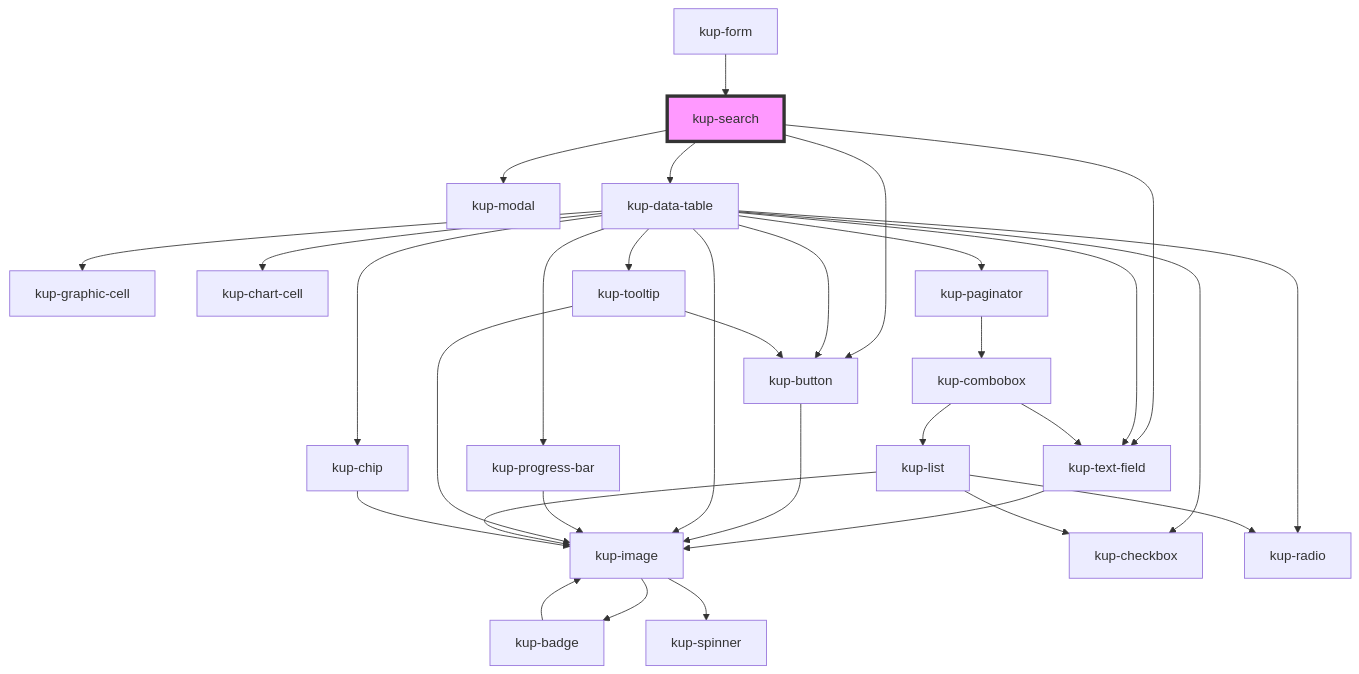
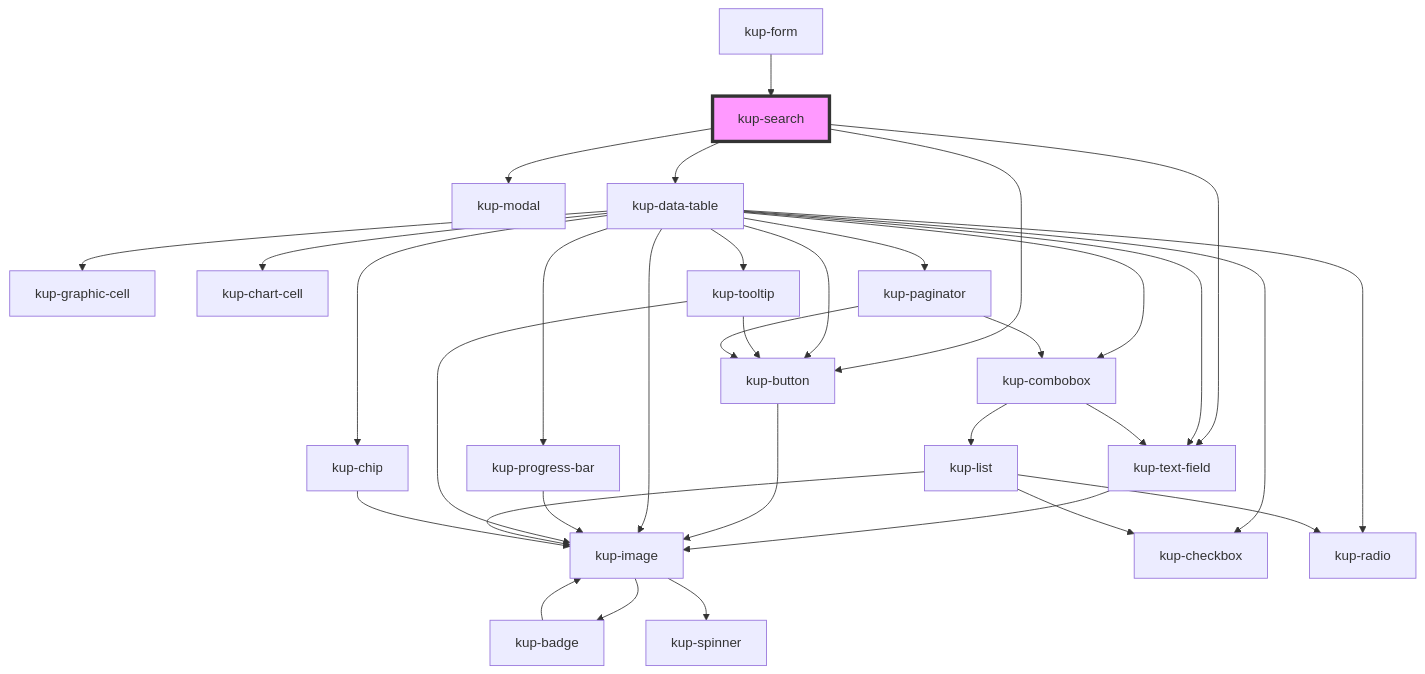
The diagram in packages/ketchup/src/components/kup-search/readme.md (smeup/ketchup), drawn with Mermaid before and after one commit. The commit also changed 14 other files, not shown here.

Commit message:
More style fixes on data table and paginator.

````diff
--- a/packages/ketchup/src/components/kup-search/readme.md
+++ b/packages/ketchup/src/components/kup-search/readme.md
@@ -43,35 +43,37 @@
 ```mermaid
 graph TD;
   kup-search --> kup-text-field
   kup-search --> kup-button
   kup-search --> kup-modal
   kup-search --> kup-data-table
   kup-text-field --> kup-image
   kup-image --> kup-badge
   kup-image --> kup-spinner
   kup-badge --> kup-image
   kup-button --> kup-image
   kup-data-table --> kup-checkbox
-  kup-data-table --> kup-text-field
   kup-data-table --> kup-image
   kup-data-table --> kup-button
+  kup-data-table --> kup-text-field
   kup-data-table --> kup-graphic-cell
   kup-data-table --> kup-chart-cell
   kup-data-table --> kup-progress-bar
   kup-data-table --> kup-radio
   kup-data-table --> kup-tooltip
   kup-data-table --> kup-paginator
+  kup-data-table --> kup-combobox
   kup-data-table --> kup-chip
   kup-progress-bar --> kup-image
   kup-tooltip --> kup-button
   kup-tooltip --> kup-image
+  kup-paginator --> kup-button
   kup-paginator --> kup-combobox
   kup-combobox --> kup-text-field
   kup-combobox --> kup-list
   kup-list --> kup-image
   kup-list --> kup-radio
   kup-list --> kup-checkbox
   kup-chip --> kup-image
   kup-form --> kup-search
   style kup-search fill:#f9f,stroke:#333,stroke-width:4px
 ```
````
